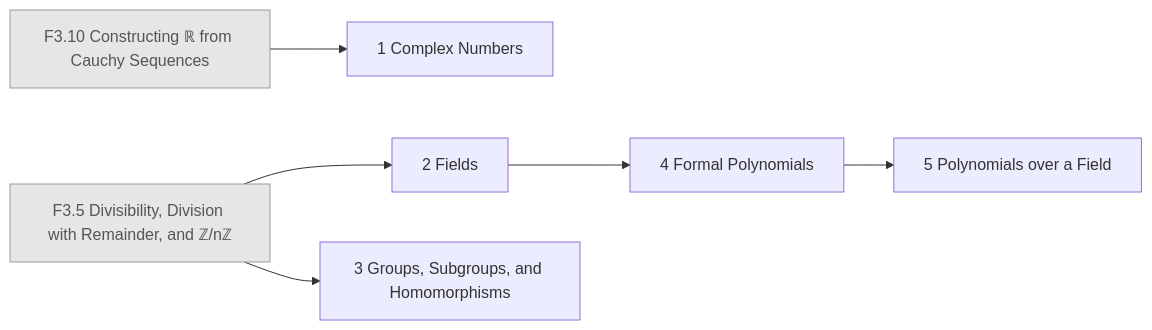
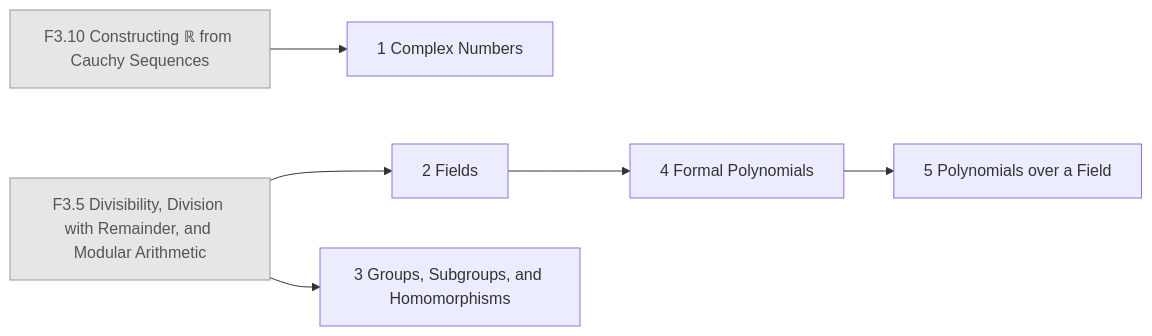
The diagram in generated/chapters/F4.mmd (AkizumiFox/math-atlas), drawn with Mermaid before and after one commit. The commit also changed 6 other files, not shown here.

Commit message:
F3.5 retitled: Divisibility, Division with Remainder, and Modular Arithmetic

```diff
--- a/generated/chapters/F4.mmd
+++ b/generated/chapters/F4.mmd
@@ -1,16 +1,16 @@
 flowchart LR
-  F3_5["F3.5 Divisibility, Division with Remainder, and ℤ/nℤ"]:::ext
+  F3_5["F3.5 Divisibility, Division with Remainder, and Modular Arithmetic"]:::ext
   F3_10["F3.10 Constructing ℝ from Cauchy Sequences"]:::ext
   F4_1["1 Complex Numbers"]
   F4_2["2 Fields"]
   F4_3["3 Groups, Subgroups, and Homomorphisms"]
   F4_4["4 Formal Polynomials"]
   F4_5["5 Polynomials over a Field"]
   F3_10 --> F4_1
   F3_5 --> F4_2
   F3_5 --> F4_3
   F4_2 --> F4_4
   F4_4 --> F4_5
   classDef ext fill:#e6e6e6,stroke:#999,color:#555
   classDef opt fill:#fff,stroke:#999,stroke-dasharray:4 3,color:#555
   classDef segb fill:#f6f6fb,stroke:#99a,color:#333
```
